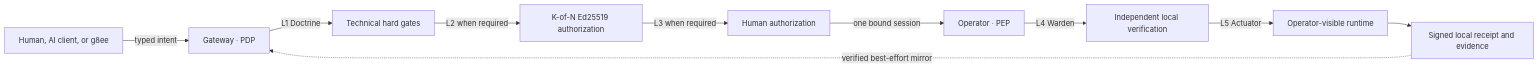
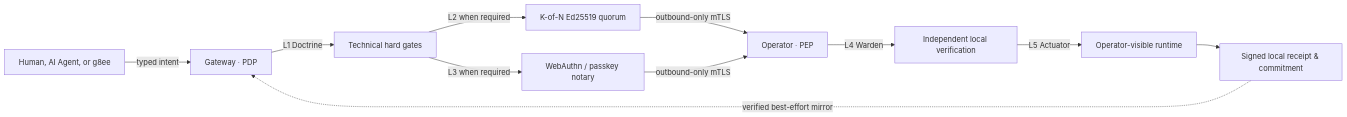
One commit to g8e-ai/g8e changed the diagram in README.md. Above: the diagram before and after it, drawn with Mermaid. The commit also changed other lines of this file and 211 other files, not shown here.

````diff
--- a/README.md
+++ b/README.md
@@ -44,12 +36,12 @@
 ```mermaid
 flowchart LR
-    Client[Human, AI client, or g8ee] -->|typed intent| Gateway[Gateway · PDP]
+    Client[Human, AI Agent, or g8ee] -->|typed intent| Gateway[Gateway · PDP]
     Gateway -->|L1 Doctrine| L1[Technical hard gates]
-    L1 -->|L2 when required| L2[K-of-N Ed25519 authorization]
-    L2 -->|L3 when required| L3[Human authorization]
-    L3 -->|one bound session| Operator[Operator · PEP]
+    L1 -->|L2 when required| L2[K-of-N Ed25519 quorum]
+    L1 -->|L3 when required| L3[WebAuthn / passkey notary]
+    L2 & L3 -->|outbound-only mTLS| Operator[Operator · PEP]
     Operator -->|L4 Warden| Verify[Independent local verification]
     Verify -->|L5 Actuator| Target[Operator-visible runtime]
-    Target --> Receipt[Signed local receipt and evidence]
+    Target --> Receipt[Signed local receipt & commitment]
     Receipt -.->|verified best-effort mirror| Gateway
 ```
````
